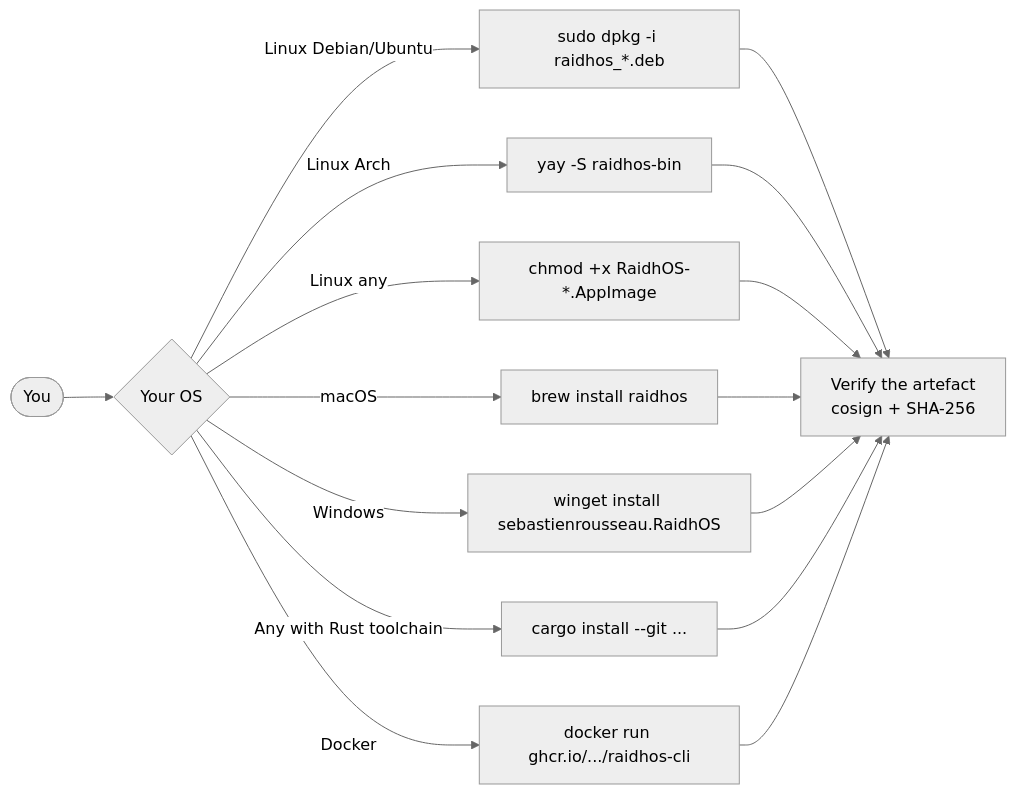
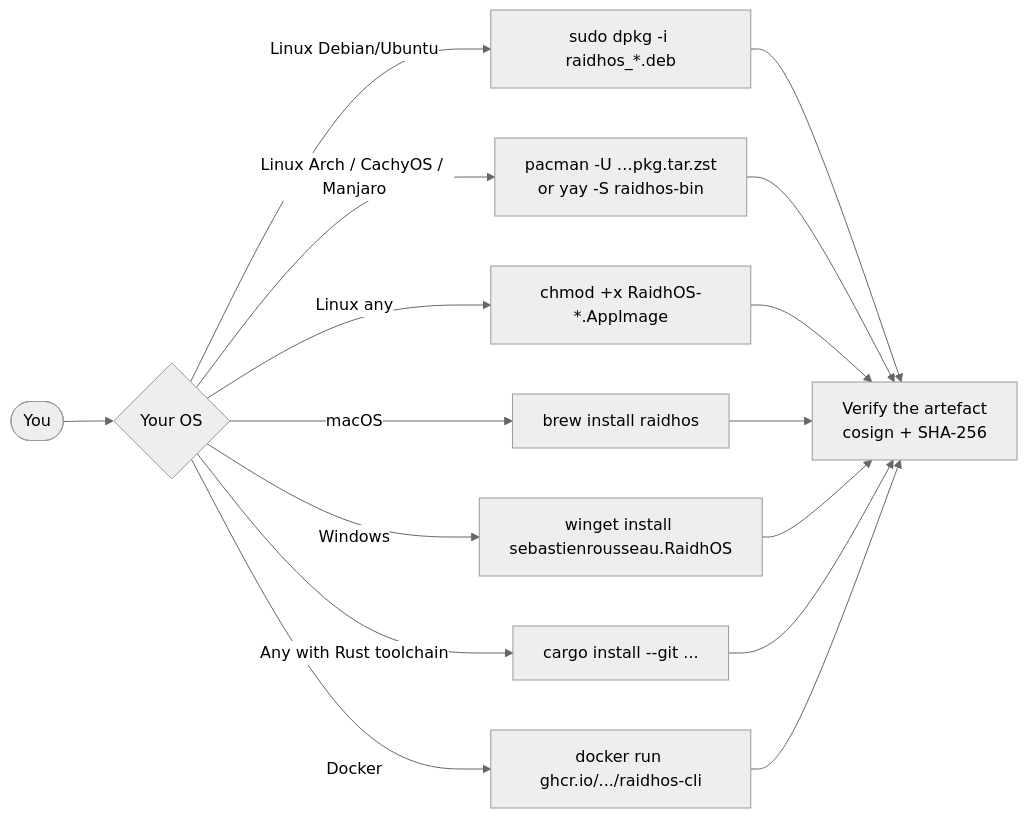
Before and after one commit to sebastienrousseau/raidhos: the diagram in docs/INSTALL.md, drawn with Mermaid. The commit also changed other lines of this file and 3 other files, not shown here.

````diff
--- a/docs/INSTALL.md
+++ b/docs/INSTALL.md
@@ -24,20 +24,20 @@
 ```mermaid
 %%{init: {'theme':'neutral'}}%%
 flowchart LR
   USER([You]) --> OS{Your OS}
   OS -->|Linux Debian/Ubuntu| DEB[sudo dpkg -i raidhos_*.deb]
-  OS -->|Linux Arch| AUR[yay -S raidhos-bin]
+  OS -->|Linux Arch / CachyOS / Manjaro| AUR[pacman -U …pkg.tar.zst<br/>or yay -S raidhos-bin]
   OS -->|Linux any| AI[chmod +x RaidhOS-*.AppImage]
   OS -->|macOS| HB[brew install raidhos]
   OS -->|Windows| WG[winget install sebastienrousseau.RaidhOS]
   OS -->|Any with Rust toolchain| SRC[cargo install --git ...]
   OS -->|Docker| GHCR[docker run ghcr.io/.../raidhos-cli]
 
   DEB --> VERIFY[Verify the artefact<br/>cosign + SHA-256]
   AUR --> VERIFY
   AI --> VERIFY
   HB --> VERIFY
   WG --> VERIFY
   SRC --> VERIFY
   GHCR --> VERIFY
 ```
````
